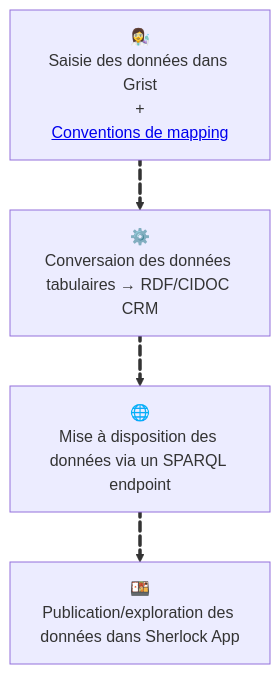
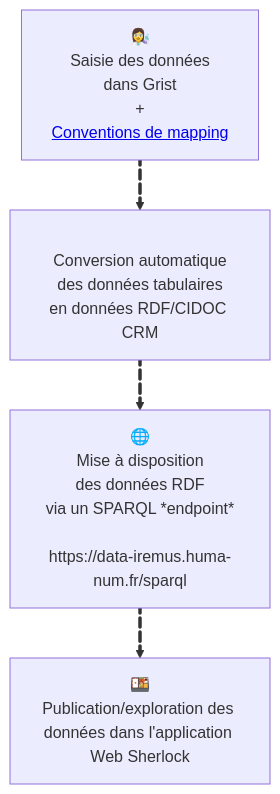
One commit to sherlock-iremus/sherlock changed the diagram in README.md. Above: the diagram before and after it, drawn with Mermaid. The commit also changed other lines of this file, not shown here.

````diff
--- a/README.md
+++ b/README.md
@@ -40,15 +48,15 @@
 ```mermaid
     flowchart TB
-    grist[👩‍🔬<br>Saisie des données dans Grist<br>+<br><a target="_blank" href="https://github.com/sherlock-iremus/sherlock-grist-to-crm/blob/main/doc/mapping.md">Conventions de mapping</a>]
-    scripts[⚙️<br>Conversaion des données tabulaires → RDF/CIDOC CRM]
-    sparql[🌐<br>Mise à disposition des données via un SPARQL endpoint]
-    sherlock[🍱<br>Publication/exploration des données dans Sherlock App]
+    grist[👩‍🔬<br>Saisie des données<br>dans Grist<br>+<br><a target="_blank" href="https://github.com/sherlock-iremus/sherlock-grist-to-crm/blob/main/doc/mapping.md">Conventions de mapping</a>]
+    scripts[<br>Conversion automatique<br>des données tabulaires<br>en données RDF/CIDOC CRM]
+    sparql[🌐<br>Mise à disposition<br>des données RDF<br>via un SPARQL *endpoint*<br><br>https://data-iremus.huma-num.fr/sparql]
+    sherlock[🍱<br>Publication/exploration des données dans l'application Web Sherlock]
 
     grist e1@==> scripts
     scripts e2@==> sparql
     sparql e3@==> sherlock
 
-    e1@{ animate: fast }
-    e2@{ animate: fast }
-    e3@{ animate: fast }
+    e1@{ animate: true }
+    e2@{ animate: true }
+    e3@{ animate: true }
 ```
````
